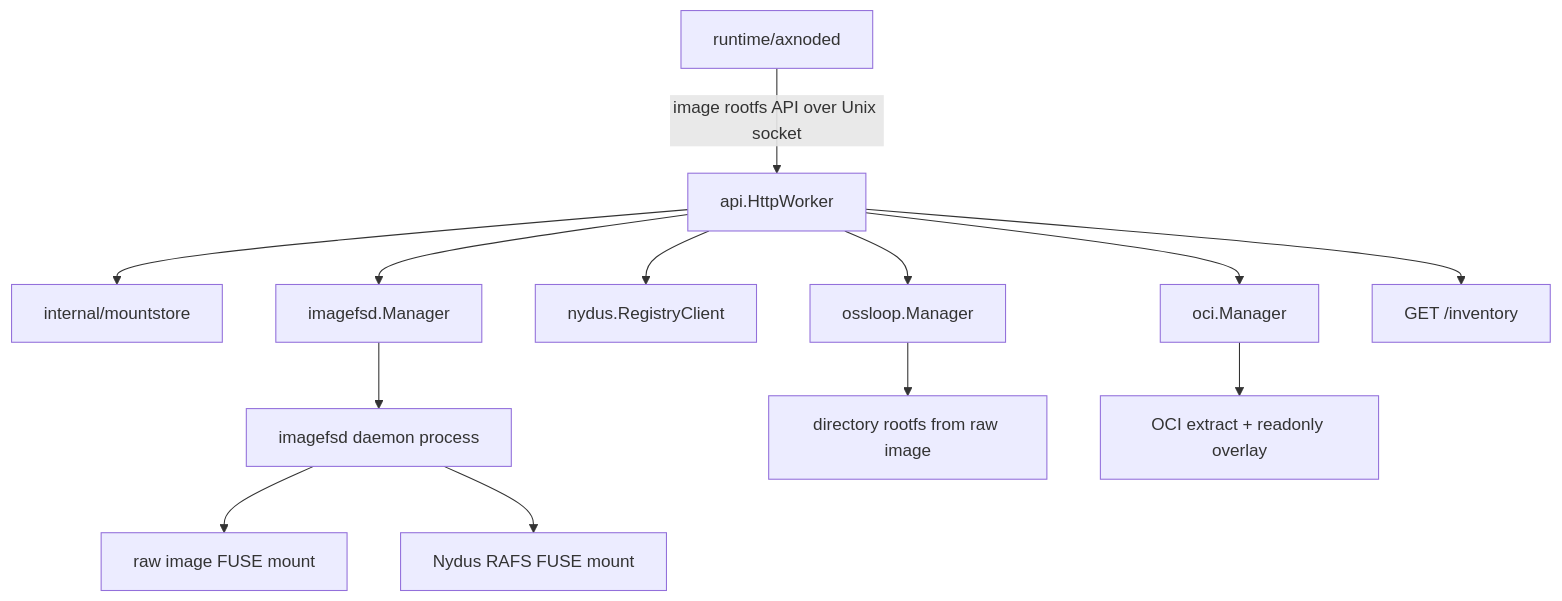
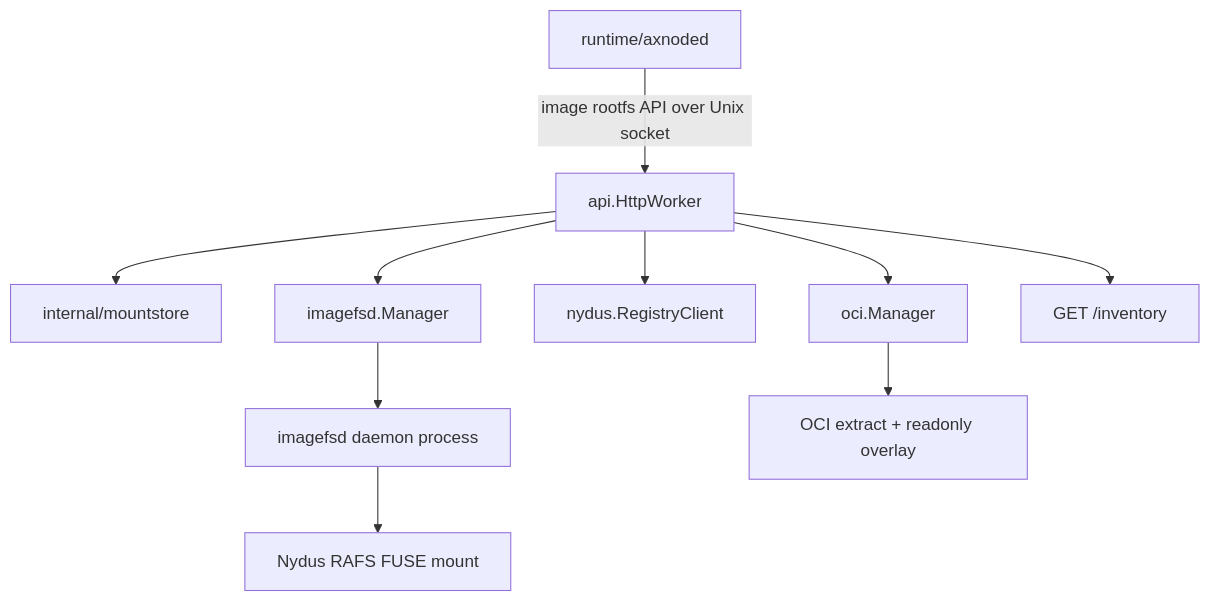
One commit to cofy-x/axern changed the first of 2 diagrams in runtime/imagemgr/docs/architecture.md. Above: the diagram before and after it, drawn with Mermaid. The commit also changed other lines of this file and 120 other files, not shown here.

Commit message:
refactor(storage): remove OSS raw rootfs supply path

````diff
--- a/runtime/imagemgr/docs/architecture.md
+++ b/runtime/imagemgr/docs/architecture.md
@@ -12,18 +12,15 @@
 ```mermaid
 flowchart TB
     Axnoded["runtime/axnoded"] -->|"image rootfs API over Unix socket"| Worker["api.HttpWorker"]
 
     Worker --> Store["internal/mountstore"]
     Worker --> OCI["oci.Manager"]
     Worker --> Nydus["nydus.RegistryClient"]
     Worker --> IFSMgr["imagefsd.Manager"]
-    Worker --> OSSLoop["ossloop.Manager"]
 
     IFSMgr --> IFSD["imagefsd daemon process"]
-    IFSD --> RawFuse["raw image FUSE mount"]
     IFSD --> NydusFuse["Nydus RAFS FUSE mount"]
-    OSSLoop --> OSSRootfs["directory rootfs from raw image"]
     OCI --> OCIRootfs["OCI extract + readonly overlay"]
 
     Worker --> Inventory["GET /inventory"]
 ```
````
